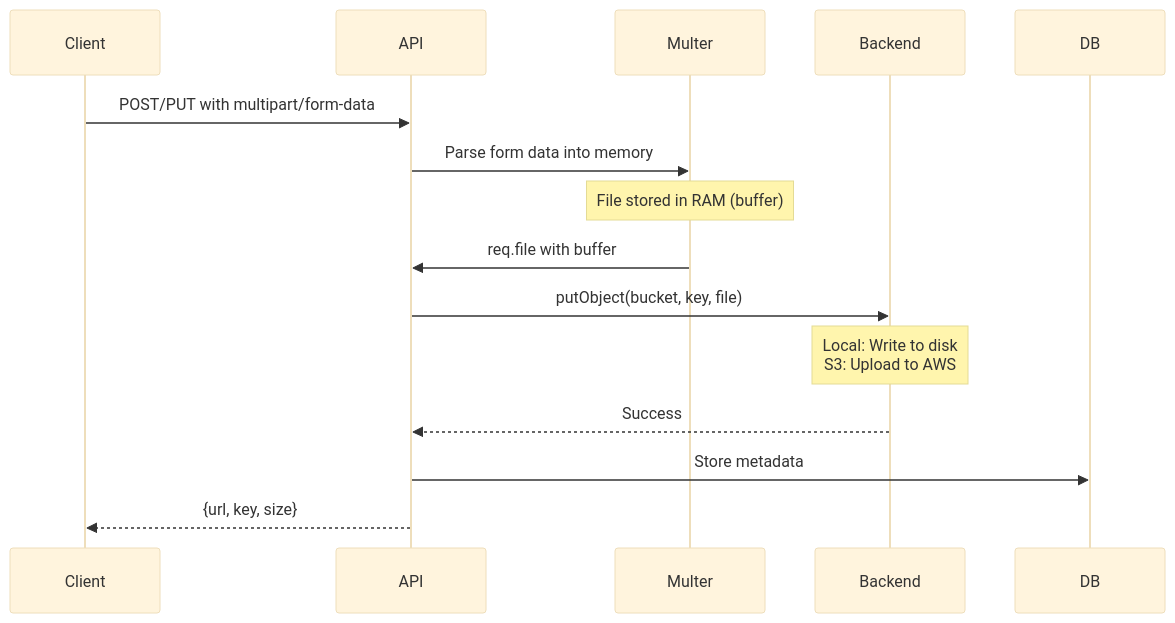
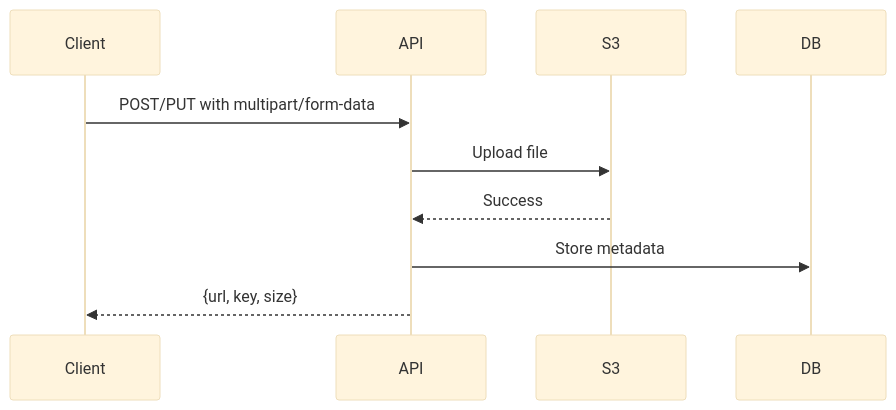
One commit to InsForge/insforge-docs changed the second of 3 diagrams in core-concepts/storage/architecture.mdx. Above: the diagram before and after it, drawn with Mermaid (base theme). The commit also changed other lines of this file and 6 other files, not shown here.

````diff
--- a/core-concepts/storage/architecture.mdx
+++ b/core-concepts/storage/architecture.mdx
@@ -93,18 +62,13 @@
 ```mermaid
 sequenceDiagram
     participant Client
     participant API
-    participant Multer
-    participant Backend
+    participant S3
     participant DB
     
     Client->>API: POST/PUT with multipart/form-data
-    API->>Multer: Parse form data into memory
-    Note over Multer: File stored in RAM (buffer)
-    Multer->>API: req.file with buffer
-    API->>Backend: putObject(bucket, key, file)
-    Note over Backend: Local: Write to disk<br/>S3: Upload to AWS
-    Backend-->>API: Success
+    API->>S3: Upload file
+    S3-->>API: Success
     API->>DB: Store metadata
     API-->>Client: {url, key, size}
 ```
````
